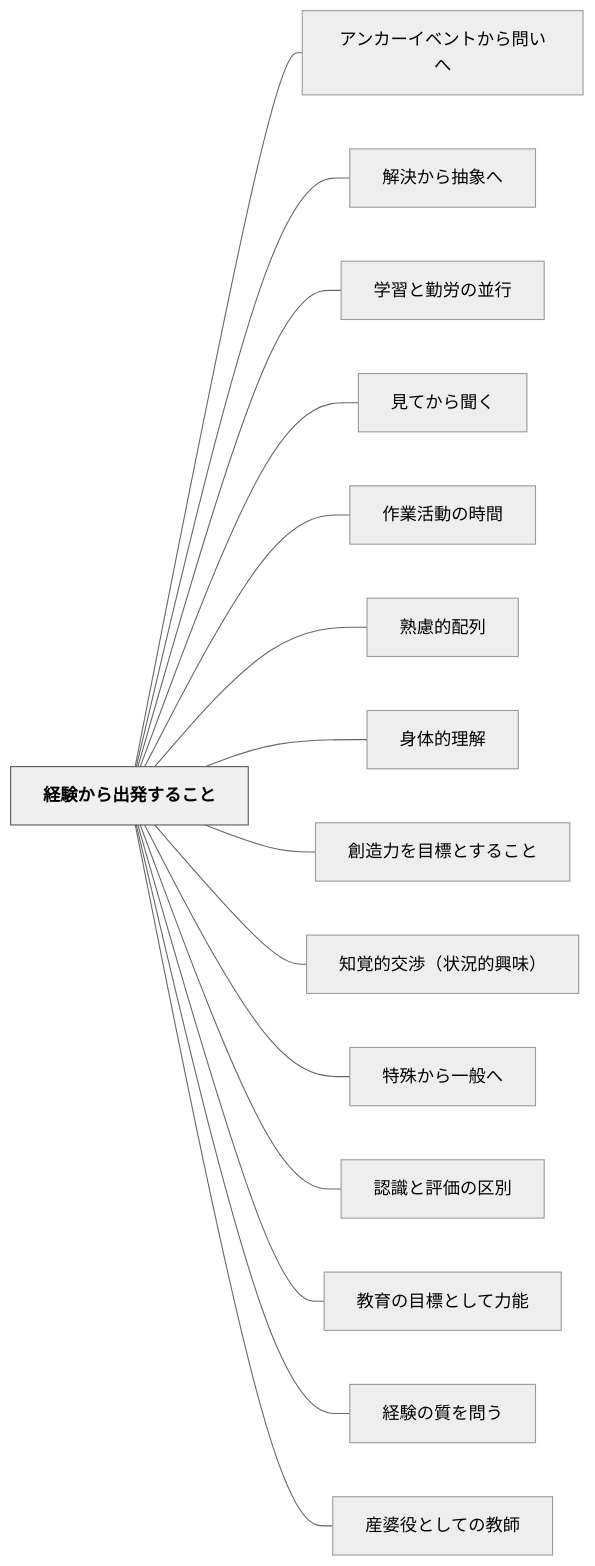
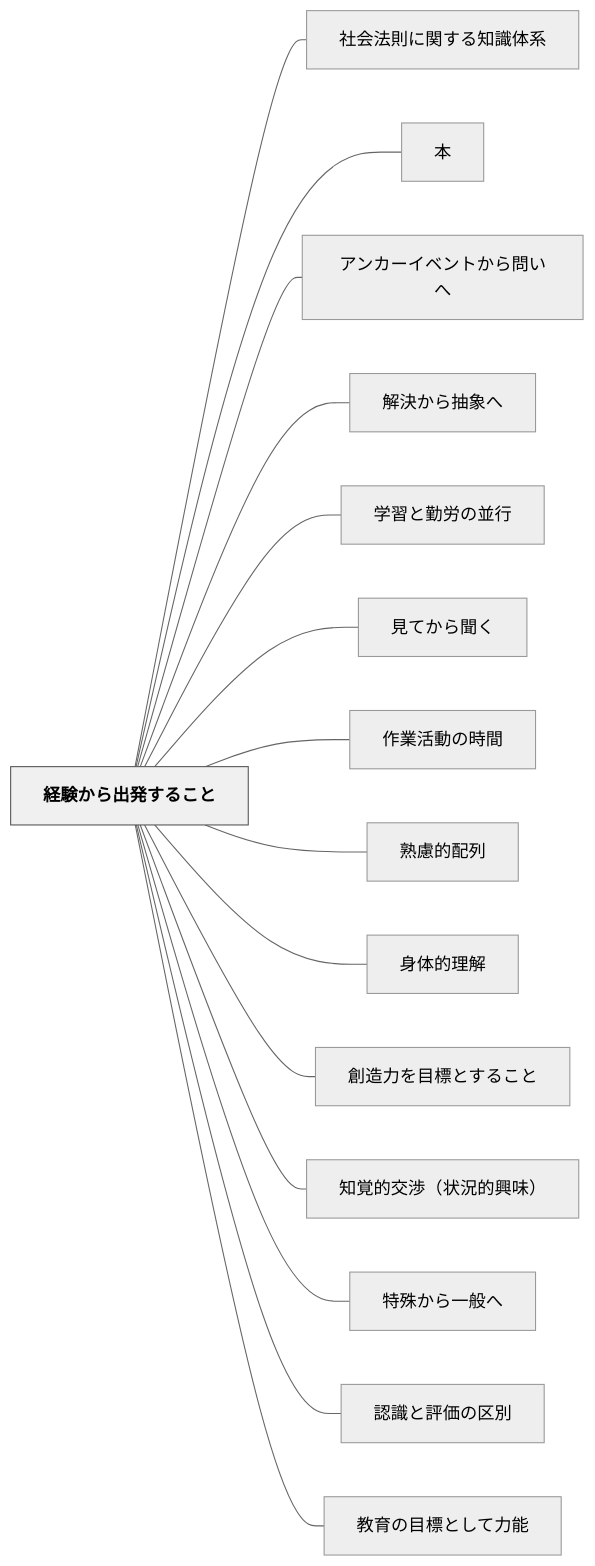
The diagram in content/パタン/経験から出発すること.md (unknownthings-ed-patterns/unknownthings-ed-patterns), drawn with Mermaid (neutral theme) before and after one commit. The commit also changed other lines of this file and 36 other files, not shown here.

````diff
--- a/content/パタン/経験から出発すること.md
+++ b/content/パタン/経験から出発すること.md
@@ -129,36 +131,36 @@
 ```mermaid
 flowchart LR
     ne7b58ce9a893e3818be38289e587bae799bae38199e3828be38193e381a8["経験から出発すること"]
+    ne7a4bee4bc9ae6b395e58987e381abe996a2e38199e3828be79fa5e8ad98e4bd93e7b3bb["社会法則に関する知識体系"]
+    ne69cac["本"]
     ne382a2e383b3e382abe383bce382a4e38399e383b3e38388e3818be38289e5958fe38184e381b8["アンカーイベントから問いへ"]
     ne8a7a3e6b1bae3818be38289e68abde8b1a1e381b8["解決から抽象へ"]
     ne5ada6e7bf92e381a8e58ba4e58ab4e381aee4b8a6e8a18c["学習と勤労の並行"]
     ne8a68be381a6e3818be38289e8819ee3818f["見てから聞く"]
     ne4bd9ce6a5ade6b4bbe58b95e381aee69982e99693["作業活動の時間"]
     ne7869fe685aee79a84e9858de58897["熟慮的配列"]
     ne8baabe4bd93e79a84e79086e8a7a3["身体的理解"]
     ne589b5e980a0e58a9be38292e79baee6a899e381a8e38199e3828be38193e381a8["創造力を目標とすること"]
     ne79fa5e8a69ae79a84e4baa4e6b889efbc88e78ab6e6b381e79a84e88888e591b3efbc89["知覚的交渉（状況的興味）"]
     ne789b9e6ae8ae3818be38289e4b880e888ace381b8["特殊から一般へ"]
     ne8aa8de8ad98e381a8e8a995e4bea1e381aee58cbae588a5["認識と評価の区別"]
     ne69599e882b2e381aee79baee6a899e381a8e38197e381a6e58a9be883bd["教育の目標として力能"]
-    ne7b58ce9a893e381aee8b3aae38292e5958fe38186["経験の質を問う"]
-    ne794a3e5a986e5bdb9e381a8e38197e381a6e381aee69599e5b8ab["産婆役としての教師"]
 
+    ne7b58ce9a893e3818be38289e587bae799bae38199e3828be38193e381a8 --- ne7a4bee4bc9ae6b395e58987e381abe996a2e38199e3828be79fa5e8ad98e4bd93e7b3bb
+    ne7b58ce9a893e3818be38289e587bae799bae38199e3828be38193e381a8 --- ne69cac
     ne7b58ce9a893e3818be38289e587bae799bae38199e3828be38193e381a8 --- ne382a2e383b3e382abe383bce382a4e38399e383b3e38388e3818be38289e5958fe38184e381b8
     ne7b58ce9a893e3818be38289e587bae799bae38199e3828be38193e381a8 --- ne8a7a3e6b1bae3818be38289e68abde8b1a1e381b8
     ne7b58ce9a893e3818be38289e587bae799bae38199e3828be38193e381a8 --- ne5ada6e7bf92e381a8e58ba4e58ab4e381aee4b8a6e8a18c
     ne7b58ce9a893e3818be38289e587bae799bae38199e3828be38193e381a8 --- ne8a68be381a6e3818be38289e8819ee3818f
     ne7b58ce9a893e3818be38289e587bae799bae38199e3828be38193e381a8 --- ne4bd9ce6a5ade6b4bbe58b95e381aee69982e99693
     ne7b58ce9a893e3818be38289e587bae799bae38199e3828be38193e381a8 --- ne7869fe685aee79a84e9858de58897
     ne7b58ce9a893e3818be38289e587bae799bae38199e3828be38193e381a8 --- ne8baabe4bd93e79a84e79086e8a7a3
     ne7b58ce9a893e3818be38289e587bae799bae38199e3828be38193e381a8 --- ne589b5e980a0e58a9be38292e79baee6a899e381a8e38199e3828be38193e381a8
     ne7b58ce9a893e3818be38289e587bae799bae38199e3828be38193e381a8 --- ne79fa5e8a69ae79a84e4baa4e6b889efbc88e78ab6e6b381e79a84e88888e591b3efbc89
     ne7b58ce9a893e3818be38289e587bae799bae38199e3828be38193e381a8 --- ne789b9e6ae8ae3818be38289e4b880e888ace381b8
     ne7b58ce9a893e3818be38289e587bae799bae38199e3828be38193e381a8 --- ne8aa8de8ad98e381a8e8a995e4bea1e381aee58cbae588a5
     ne7b58ce9a893e3818be38289e587bae799bae38199e3828be38193e381a8 --- ne69599e882b2e381aee79baee6a899e381a8e38197e381a6e58a9be883bd
-    ne7b58ce9a893e3818be38289e587bae799bae38199e3828be38193e381a8 --- ne7b58ce9a893e381aee8b3aae38292e5958fe38186
-    ne7b58ce9a893e3818be38289e587bae799bae38199e3828be38193e381a8 --- ne794a3e5a986e5bdb9e381a8e38197e381a6e381aee69599e5b8ab
 
     classDef hub fill:#f0f0f0,stroke:#555,color:#000,font-weight:bold
     class ne7b58ce9a893e3818be38289e587bae799bae38199e3828be38193e381a8 hub
 ```
````
